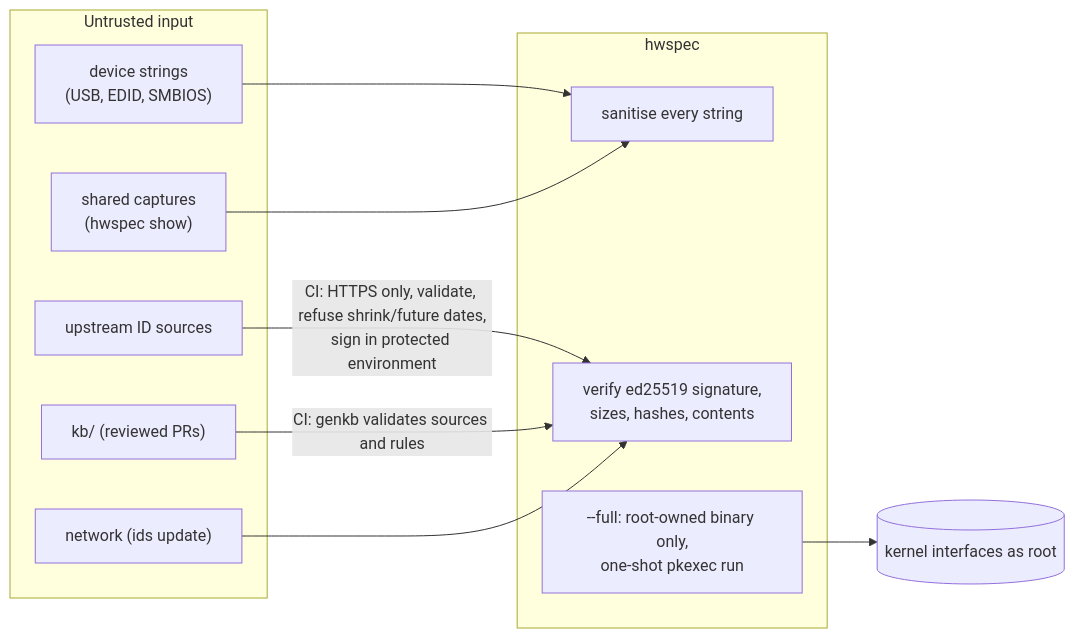
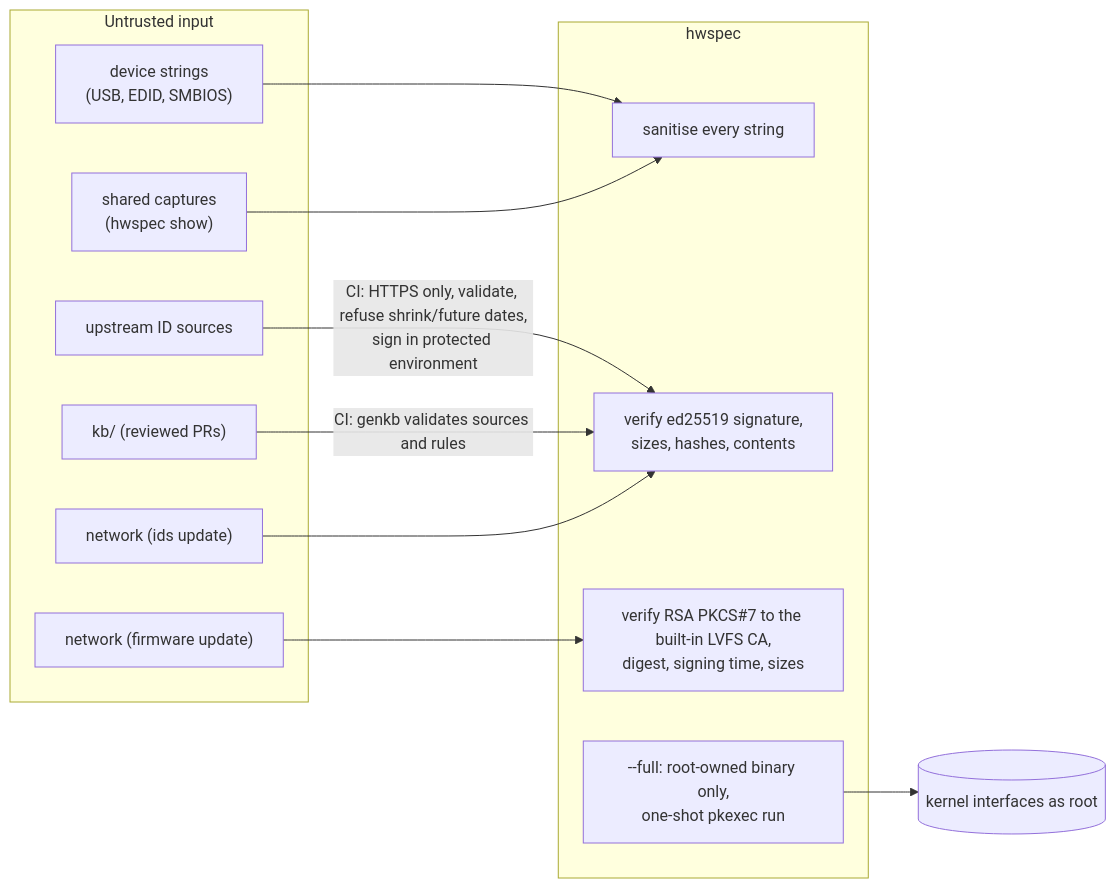
Before and after one commit to jiegui2025/hwspec: the diagram in SECURITY.md, drawn with Mermaid. The commit also changed other lines of this file and 29 other files, not shown here.

````diff
--- a/SECURITY.md
+++ b/SECURITY.md
@@ -14,21 +14,24 @@
 ```mermaid
 flowchart LR
   subgraph untrusted[Untrusted input]
     dev["device strings<br/>(USB, EDID, SMBIOS)"]
     cap["shared captures<br/>(hwspec show)"]
     up["upstream ID sources"]
     kbsrc["kb/ (reviewed PRs)"]
     net["network (ids update)"]
+    fwnet["network (firmware update)"]
   end
   subgraph hwspec
     san["sanitise every string"]
     sig["verify ed25519 signature,<br/>sizes, hashes, contents"]
+    lvfs["verify RSA PKCS#7 to the built-in LVFS CA,<br/>digest, signing time, sizes"]
     root["--full: root-owned binary only,<br/>one-shot pkexec run"]
   end
   dev --> san
   cap --> san
   up -->|"CI: HTTPS only, validate, refuse shrink/future dates,<br/>sign in protected environment"| sig
   kbsrc -->|"CI: genkb validates sources and rules"| sig
   net --> sig
+  fwnet --> lvfs
   root --> kernel[(kernel interfaces as root)]
 ```
````
